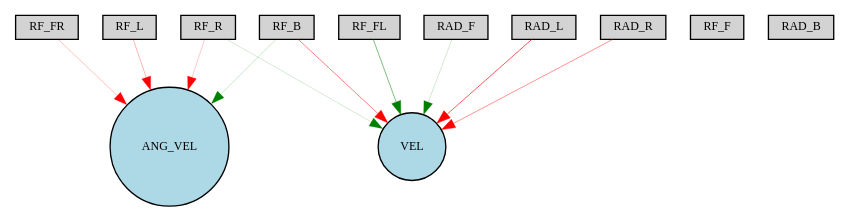
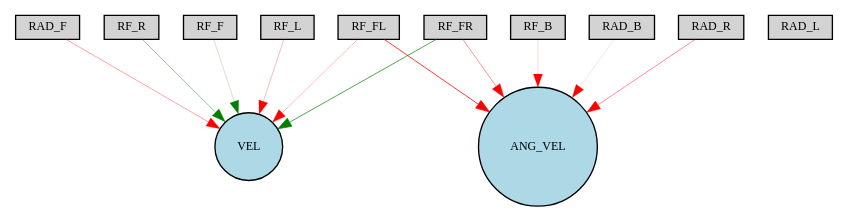
One commit to Maagero/DES-HyperNEAT-RL changed the diagram in maze_experiment_neat/out/maze_objective/medium/Digraph.gv. Above: the diagram before and after it, drawn with Graphviz. The commit also changed 35 other files, not shown here.

```diff
--- a/maze_experiment_neat/out/maze_objective/medium/Digraph.gv
+++ b/maze_experiment_neat/out/maze_objective/medium/Digraph.gv
@@ -1,25 +1,26 @@
 digraph {
 	node [fontsize=9 height=0.2 shape=circle width=0.2]
 	RF_R [fillcolor=lightgray shape=box style=filled]
 	RF_FR [fillcolor=lightgray shape=box style=filled]
 	RF_F [fillcolor=lightgray shape=box style=filled]
 	RF_FL [fillcolor=lightgray shape=box style=filled]
 	RF_L [fillcolor=lightgray shape=box style=filled]
 	RF_B [fillcolor=lightgray shape=box style=filled]
 	RAD_F [fillcolor=lightgray shape=box style=filled]
 	RAD_L [fillcolor=lightgray shape=box style=filled]
 	RAD_B [fillcolor=lightgray shape=box style=filled]
 	RAD_R [fillcolor=lightgray shape=box style=filled]
 	ANG_VEL [fillcolor=lightblue style=filled]
 	VEL [fillcolor=lightblue style=filled]
-	RF_B -> VEL [color=red penwidth=0.3771734375485566 style=solid]
-	RF_FL -> VEL [color=green penwidth=0.38138032458493076 style=solid]
-	RF_R -> ANG_VEL [color=red penwidth=0.16291893654689182 style=solid]
-	RAD_F -> VEL [color=green penwidth=0.13740702900186702 style=solid]
-	RAD_R -> VEL [color=red penwidth=0.32287744567929777 style=solid]
-	RF_L -> ANG_VEL [color=red penwidth=0.22293638909462182 style=solid]
-	RF_FR -> ANG_VEL [color=red penwidth=0.18351852475854025 style=solid]
-	RF_R -> VEL [color=green penwidth=0.12685692736573184 style=solid]
-	RAD_L -> VEL [color=red penwidth=0.486064474134524 style=solid]
-	RF_B -> ANG_VEL [color=green penwidth=0.16412266134946707 style=solid]
+	RF_FL -> VEL [color=red penwidth=0.1917568059168202 style=solid]
+	RF_B -> ANG_VEL [color=red penwidth=0.1239073226743379 style=solid]
+	RF_FR -> VEL [color=green penwidth=0.5183607889380303 style=solid]
+	RAD_B -> ANG_VEL [color=red penwidth=0.10247275068871556 style=solid]
+	RF_F -> VEL [color=green penwidth=0.1474750782920653 style=solid]
+	RF_FL -> ANG_VEL [color=red penwidth=0.5871084852079045 style=solid]
+	RAD_R -> ANG_VEL [color=red penwidth=0.32504336147075796 style=solid]
+	RF_FR -> ANG_VEL [color=red penwidth=0.32472511980843066 style=solid]
+	RF_L -> VEL [color=red penwidth=0.2119528400318495 style=solid]
+	RF_R -> VEL [color=green penwidth=0.3195487245460197 style=solid]
+	RAD_F -> VEL [color=red penwidth=0.26846158406480214 style=solid]
 }
```
